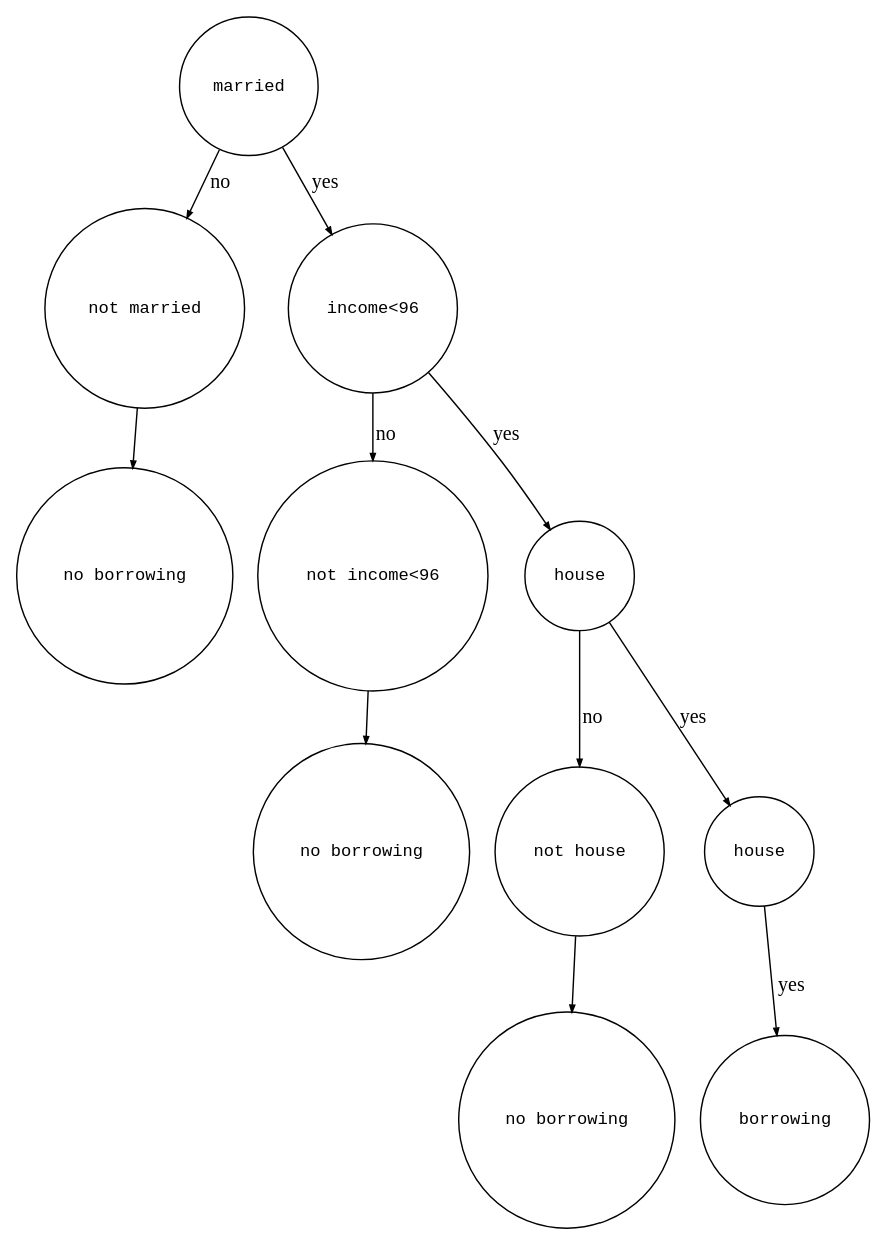
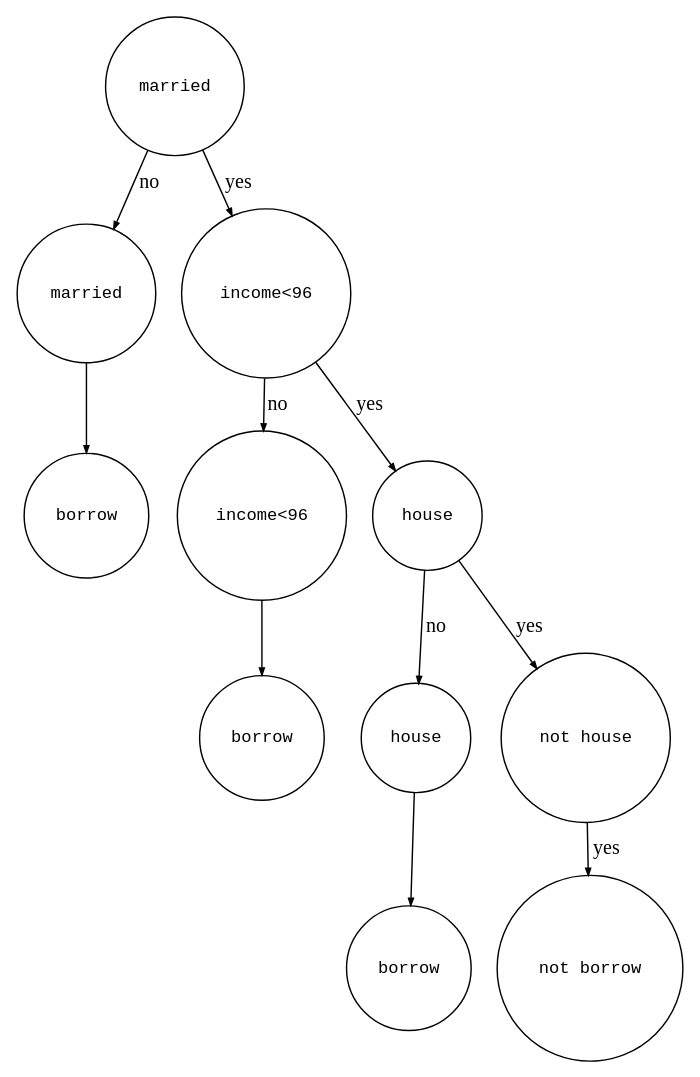
Before and after one commit to luzhixing12345/WHU-data-science-introduction: the diagram in homework-1/gini.dot, drawn with Graphviz. The commit also changed 7 other files, not shown here.

```diff
--- a/homework-1/gini.dot
+++ b/homework-1/gini.dot
@@ -1,28 +1,28 @@
 digraph astgraph {
   node [shape=circle, fontsize=12, fontname="Courier", height=.1];
   ranksep=.3;
   edge [arrowsize=.5]
   node1 [label="married"]
-  node2 [label="not married"]
-  node4 [label="married"]
+  node2 [label="married"]
+  node4 [label="not married"]
   node1 -> node2 [label= "no"]
   node1 -> node4 [label= "yes"]
-  node3 [label="no borrowing"]
+  node3 [label="borrow"]
   node2 -> node3 
   node4 [label="income<96"]
-  node5 [label="not income<96"]
-  node7 [label="income<96"]
+  node5 [label="income<96"]
+  node7 [label="not income<96"]
   node4 -> node5 [label= "no"]
   node4 -> node7 [label= "yes"]
-  node6 [label="no borrowing"]
+  node6 [label="borrow"]
   node5 -> node6 
   node7 [label="house"]
-  node8 [label="not house"]
-  node10 [label="house"]
+  node8 [label="house"]
+  node10 [label="not house"]
   node7 -> node8 [label= "no"]
   node7 -> node10 [label= "yes"]
-  node9 [label="no borrowing"]
+  node9 [label="borrow"]
   node8 -> node9 
- node11 [label="borrowing"]
+ node11 [label="not borrow"]
  node10 -> node11 [label= "yes"]
 }
```
